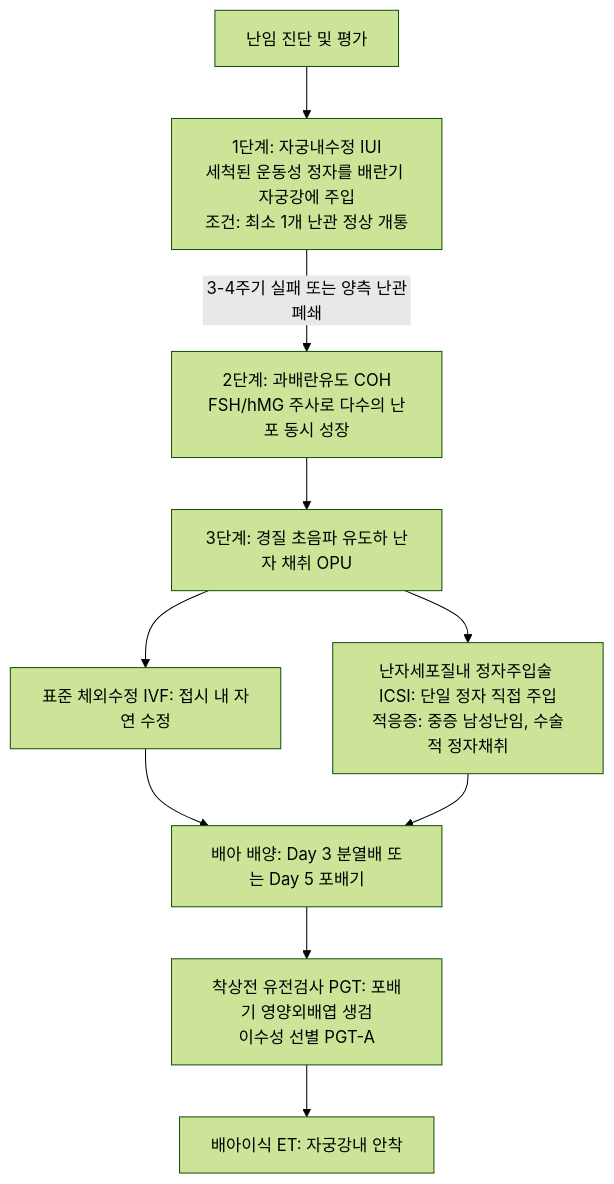
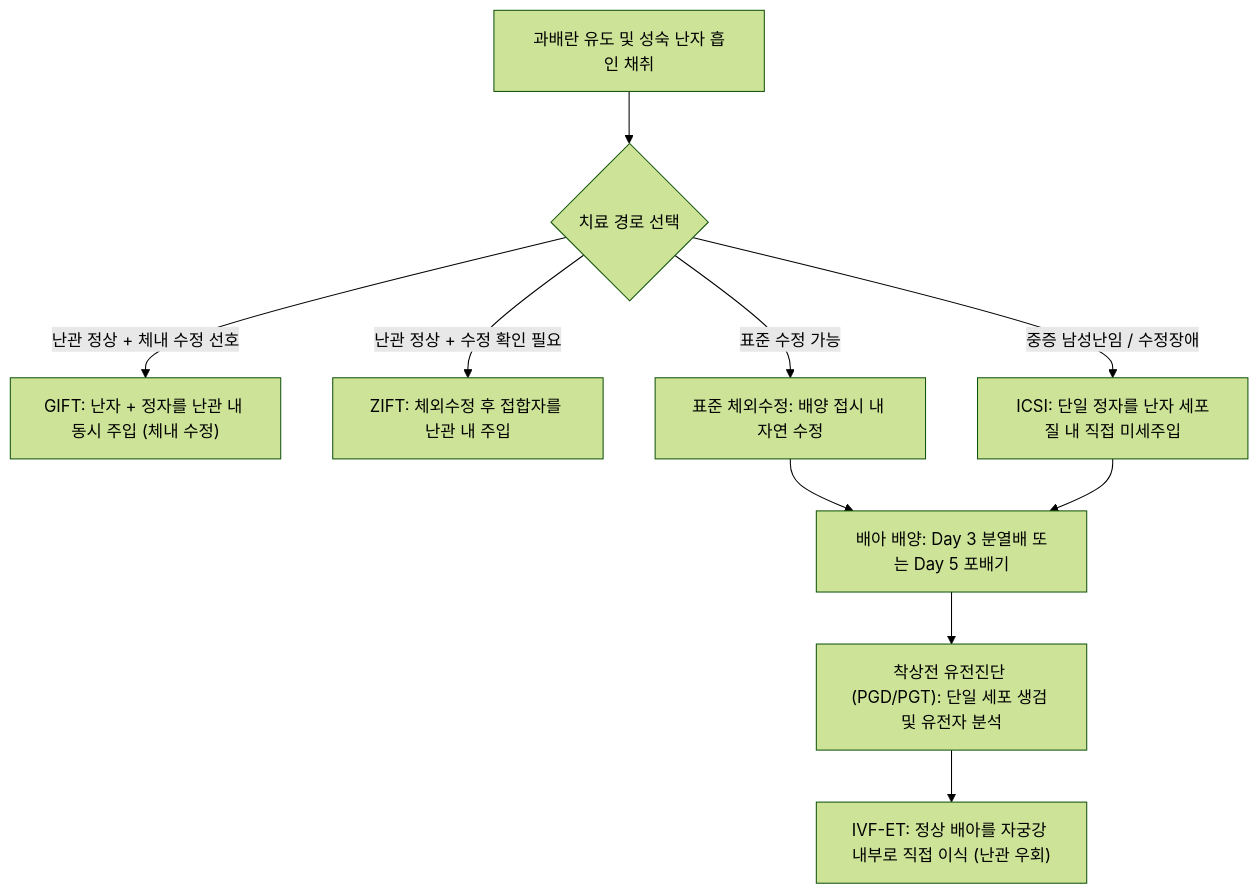
Before and after one commit to simbio11/simbio-digital-garden2: the third of 4 diagrams in content/5. 독서, 노트/독서/네터해부학/Vol1_생식기계/Day11_난자_수정_생식유전_불임평가_보조생식_피임학.md, drawn with Mermaid (forest theme). The commit also changed other lines of this file and 7 other files, not shown here.

````diff
--- a/content/5. 독서, 노트/독서/네터해부학/Vol1_생식기계/Day11_난자_수정_생식유전_불임평가_보조생식_피임학.md
+++ b/content/5. 독서, 노트/독서/네터해부학/Vol1_생식기계/Day11_난자_수정_생식유전_불임평가_보조생식_피임학.md
@@ -237,15 +459,13 @@
 ```mermaid
-graph TD
-  Start[난임 진단 및 평가] --> IUI[1단계: 자궁내수정 IUI<br>세척된 운동성 정자를 배란기 자궁강에 주입<br>조건: 최소 1개 난관 정상 개통]
+flowchart TD
+  Ova[과배란 유도 및 성숙 난자 흡인 채취] --> Route{치료 경로 선택}
   
-  IUI -->|3-4주기 실패 또는 양측 난관폐쇄| COH[2단계: 과배란유도 COH<br>FSH/hMG 주사로 다수의 난포 동시 성장]
+  Route -->|난관 정상 + 체내 수정 선호| GIFT["GIFT: 난자 + 정자를 난관 내 동시 주입 (체내 수정)"]
+  Route -->|난관 정상 + 수정 확인 필요| ZIFT["ZIFT: 체외수정 후 접합자를 난관 내 주입"]
+  Route -->|표준 수정 가능| StdIVF["표준 체외수정: 배양 접시 내 자연 수정"]
+  Route -->|중증 남성난임 / 수정장애| ICSI["ICSI: 단일 정자를 난자 세포질 내 직접 미세주입"]
   
-  COH --> OPU[3단계: 경질 초음파 유도하 난자 채취 OPU]
-  
-  OPU --> StandardIVF[표준 체외수정 IVF: 접시 내 자연 수정]
-  OPU --> ICSI[난자세포질내 정자주입술 ICSI: 단일 정자 직접 주입<br>적응증: 중증 남성난임, 수술적 정자채취]
-  
-  StandardIVF & ICSI --> Culture[배아 배양: Day 3 분열배 또는 Day 5 포배기]
-  Culture --> PGT[착상전 유전검사 PGT: 포배기 영양외배엽 생검<br>이수성 선별 PGT-A]
-  PGT --> ET[배아이식 ET: 자궁강내 안착]
+  StdIVF & ICSI --> Cleavage[배아 배양: Day 3 분열배 또는 Day 5 포배기]
+  Cleavage --> PGD["착상전 유전진단 (PGD/PGT): 단일 세포 생검 및 유전자 분석"]
+  PGD --> ET["IVF-ET: 정상 배아를 자궁강 내부로 직접 이식 (난관 우회)"]
 ```
````
